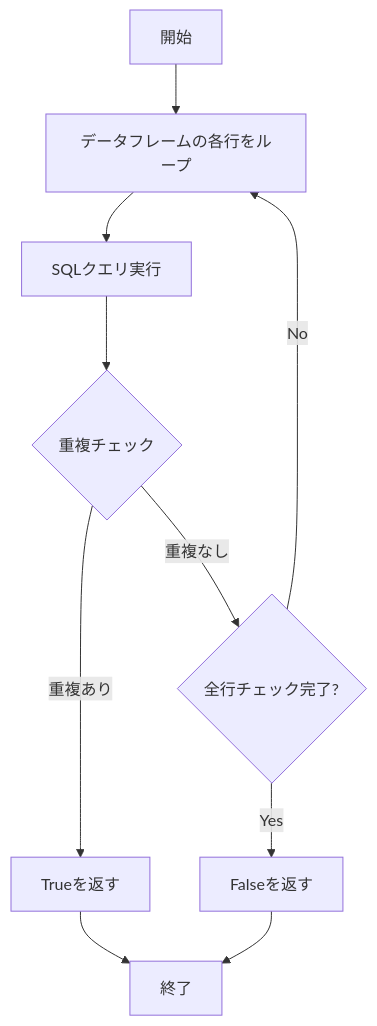
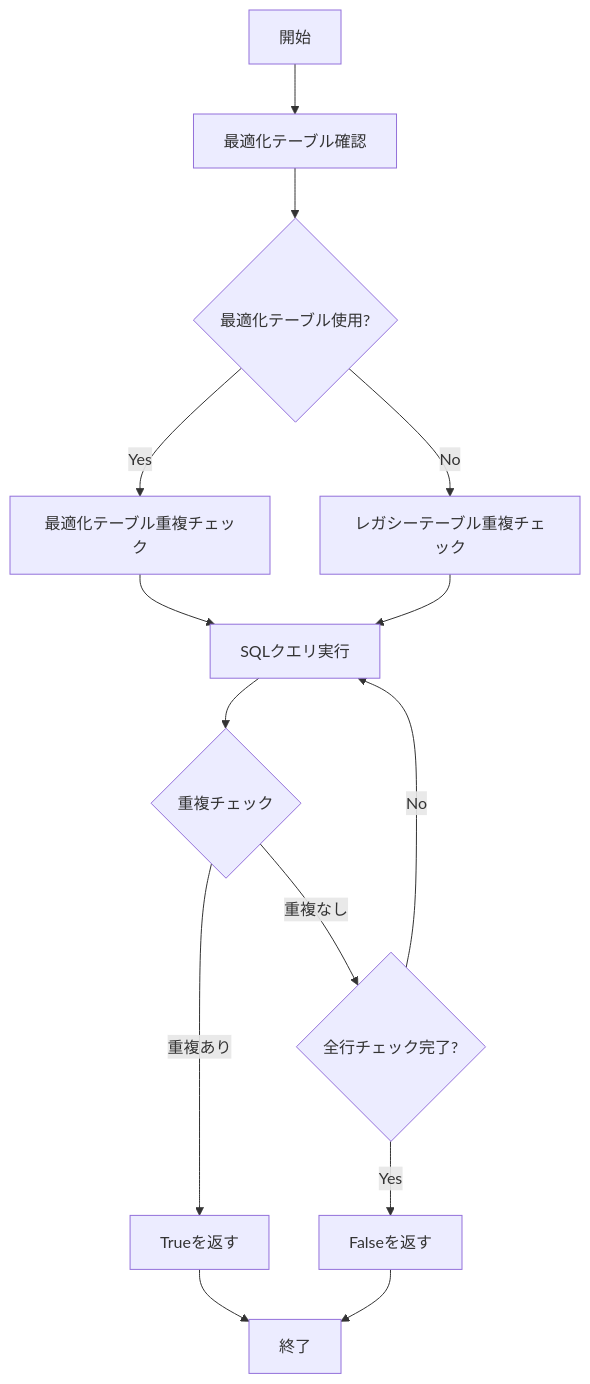
The first of 7 diagrams in docs/仕様書_Westgard_rule.md (takashi-oi/qc_ariken_tpkyo), drawn with Mermaid before and after one commit. The commit also changed other lines of this file and 28 other files, not shown here.

````diff
--- a/docs/仕様書_Westgard_rule.md
+++ b/docs/仕様書_Westgard_rule.md
@@ -56,12 +58,16 @@
 ```mermaid
 flowchart TD
-    A[開始] --> B[データフレームの各行をループ]
-    B --> C[SQLクエリ実行]
-    C --> D{重複チェック}
-    D -->|重複あり| E[Trueを返す]
-    D -->|重複なし| F{全行チェック完了?}
-    F -->|No| B
-    F -->|Yes| G[Falseを返す]
-    E --> H[終了]
-    G --> H
+    A[開始] --> B[最適化テーブル確認]
+    B --> C{最適化テーブル使用?}
+    C -->|Yes| D[最適化テーブル重複チェック]
+    C -->|No| E[レガシーテーブル重複チェック]
+    D --> F[SQLクエリ実行]
+    E --> F
+    F --> G{重複チェック}
+    G -->|重複あり| H[Trueを返す]
+    G -->|重複なし| I{全行チェック完了?}
+    I -->|No| F
+    I -->|Yes| J[Falseを返す]
+    H --> K[終了]
+    J --> K
 ```
````
